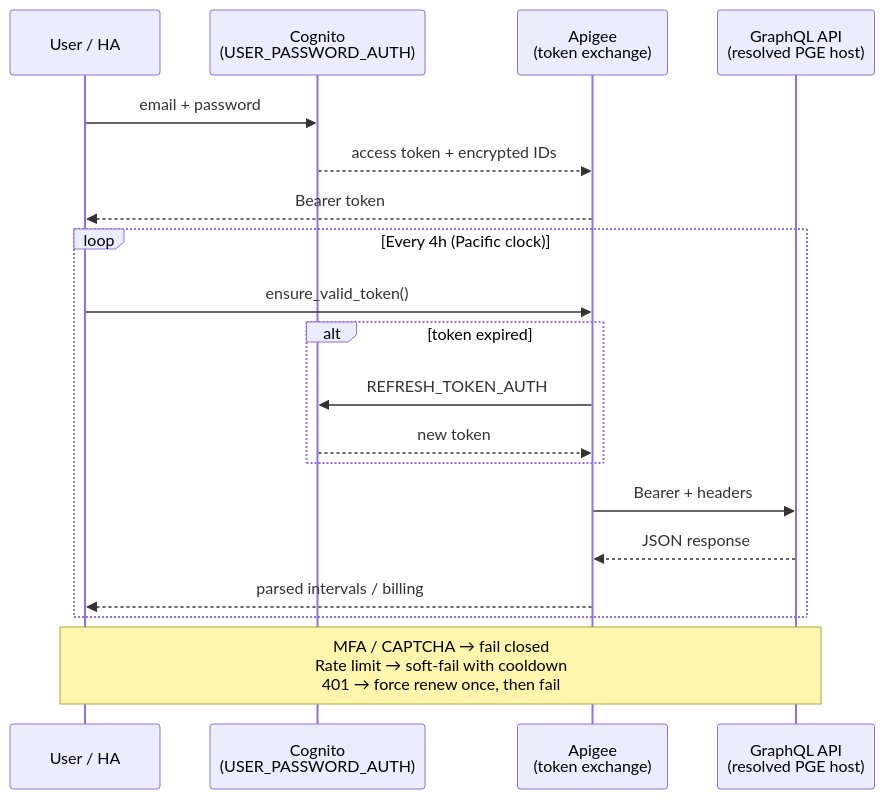
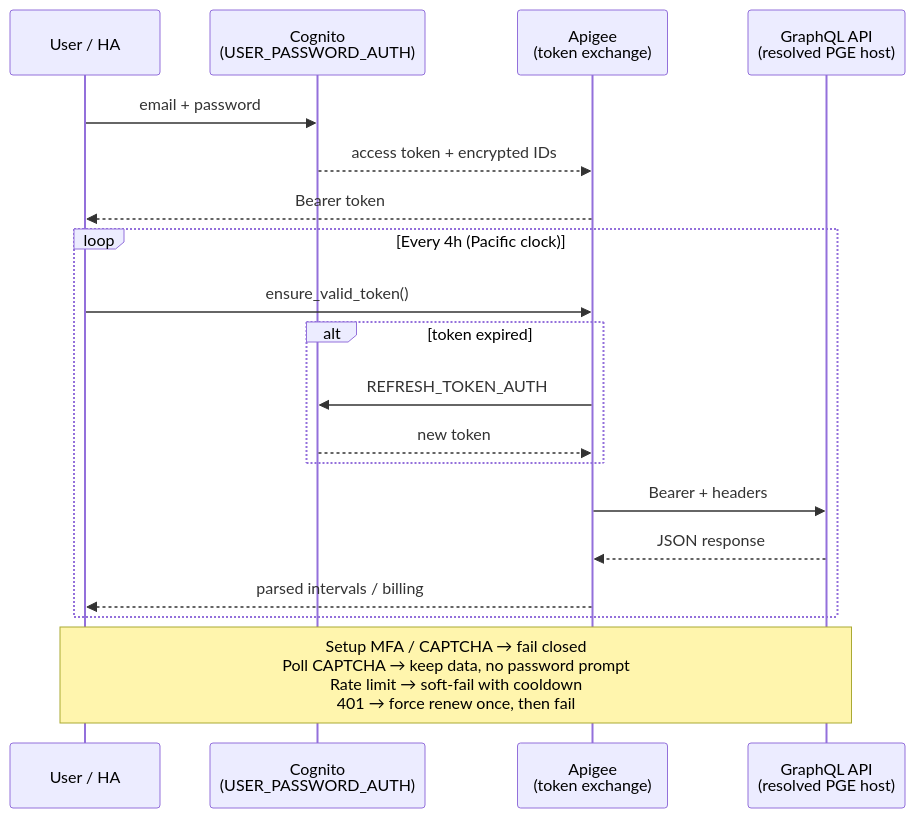
One commit to spencerthayer/homeassistant-pge changed the first of 3 diagrams in README.md. Above: the diagram before and after it, drawn with Mermaid. The commit also changed other lines of this file and 11 other files, not shown here.

````diff
--- a/README.md
+++ b/README.md
@@ -91,24 +91,24 @@
 ```mermaid
 sequenceDiagram
     participant U as User / HA
     participant C as Cognito<br/>(USER_PASSWORD_AUTH)
     participant A as Apigee<br/>(token exchange)
     participant G as GraphQL API<br/>(resolved PGE host)
 
     U->>C: email + password
     C-->>A: access token + encrypted IDs
     A-->>U: Bearer token
 
     loop Every 4h (Pacific clock)
         U->>A: ensure_valid_token()
         alt token expired
             A->>C: REFRESH_TOKEN_AUTH
             C-->>A: new token
         end
         A->>G: Bearer + headers
         G-->>A: JSON response
         A-->>U: parsed intervals / billing
     end
 
-    Note over U,G: MFA / CAPTCHA → fail closed<br/>Rate limit → soft-fail with cooldown<br/>401 → force renew once, then fail
+    Note over U,G: Setup MFA / CAPTCHA → fail closed<br/>Poll CAPTCHA → keep data, no password prompt<br/>Rate limit → soft-fail with cooldown<br/>401 → force renew once, then fail
 ```
````
